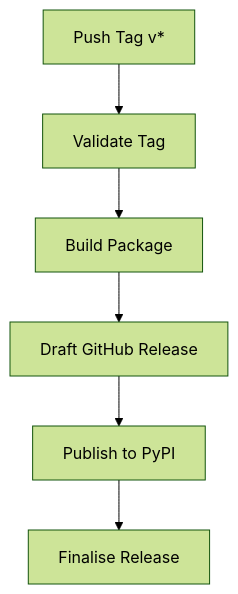
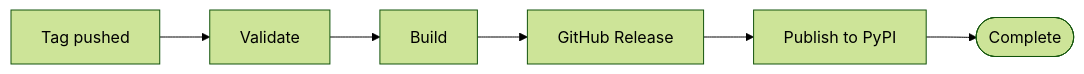
One commit to Jebel-Quant/rhiza-tools changed the third of 3 diagrams in docs/RELEASING.md. Above: the diagram before and after it, drawn with Mermaid (forest theme). The commit also changed other lines of this file and 16 other files, not shown here.

````diff
--- a/docs/RELEASING.md
+++ b/docs/RELEASING.md
@@ -75,8 +155,8 @@
 ```mermaid
-flowchart TD
-    tag[Push Tag v*] --> validate[Validate Tag]
-    validate --> build[Build Package]
-    build --> draft[Draft GitHub Release]
+flowchart LR
+    tag[Tag pushed] --> validate[Validate]
+    validate --> build[Build]
+    build --> draft[GitHub Release]
     draft --> pypi[Publish to PyPI]
-    pypi --> finalize[Finalise Release]
+    pypi --> done([Complete])
 ```
````
